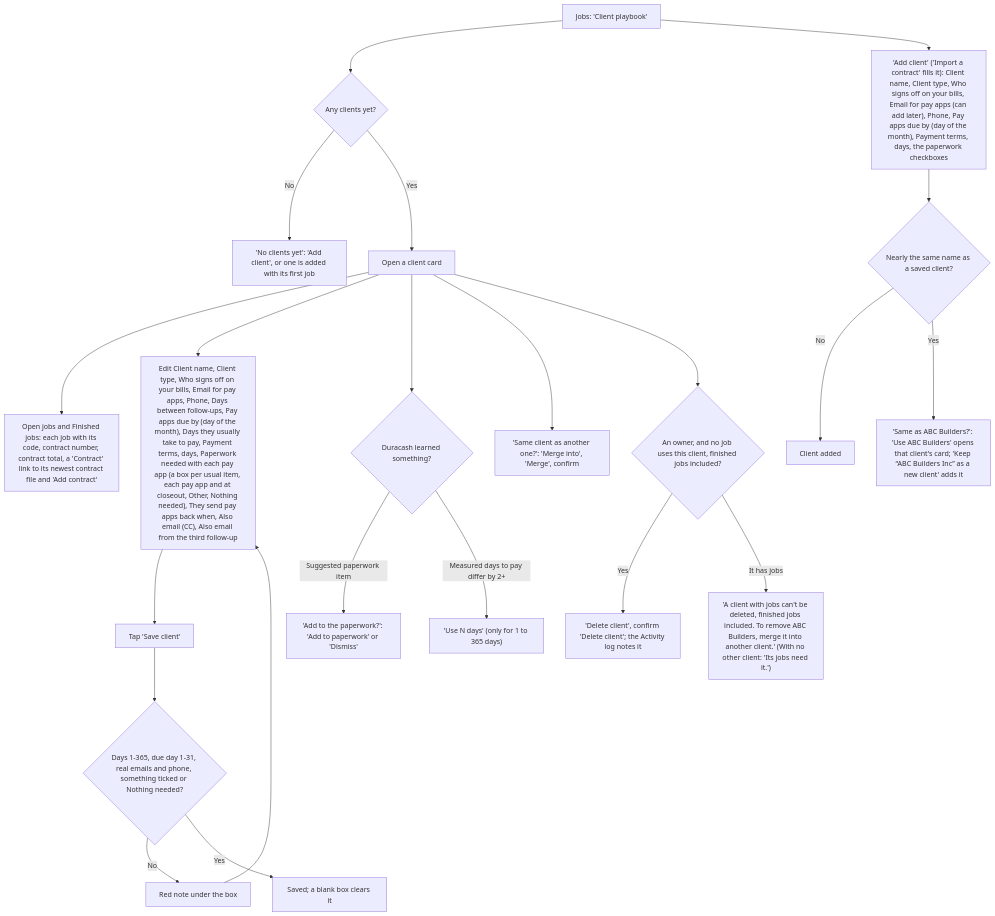
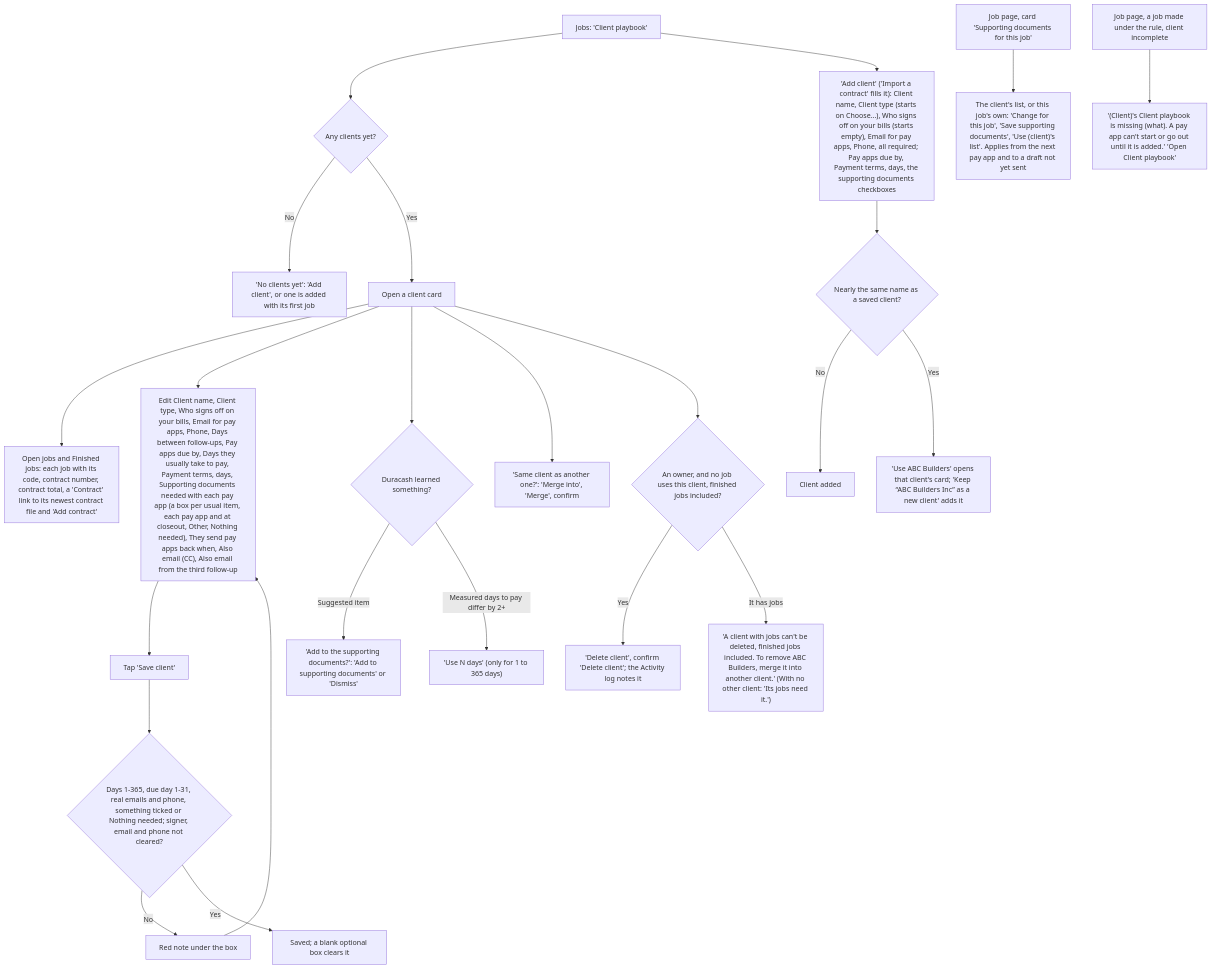
Before and after one commit to cartwrightstephen/billdable: diagram 15 of 18 in docs/client-flows.md, drawn with Mermaid. The commit also changed other lines of this file and 2 other files, not shown here.

First line of the commit message:
Docs brought up to the Nov 3 overhaul: flows, README, manual test

````diff
--- a/docs/client-flows.md
+++ b/docs/client-flows.md
@@ -580,24 +661,26 @@
 ```mermaid
 flowchart TD
     A["Jobs: 'Client playbook'"] --> B{"Any clients yet?"}
     B -->|"No"| C["'No clients yet': 'Add client', or one is added with its first job"]
     B -->|"Yes"| D["Open a client card"]
-    A --> AC["'Add client' ('Import a contract' fills it): Client name, Client type, Who signs off on your bills, Email for pay apps (can add later), Phone, Pay apps due by (day of the month), Payment terms, days, the paperwork checkboxes"]
+    A --> AC["'Add client' ('Import a contract' fills it): Client name, Client type (starts on Choose…), Who signs off on your bills (starts empty), Email for pay apps, Phone, all required; Pay apps due by, Payment terms, days, the supporting documents checkboxes"]
     AC --> AN{"Nearly the same name as a saved client?"}
     AN -->|"No"| AD["Client added"]
-    AN -->|"Yes"| AQ["'Same as ABC Builders?': 'Use ABC Builders' opens that client's card; 'Keep “ABC Builders Inc” as a new client' adds it"]
+    AN -->|"Yes"| AQ["'Use ABC Builders' opens that client's card; 'Keep “ABC Builders Inc” as a new client' adds it"]
     D --> JB["Open jobs and Finished jobs: each job with its code, contract number, contract total, a 'Contract' link to its newest contract file and 'Add contract'"]
-    D --> E["Edit Client name, Client type, Who signs off on your bills, Email for pay apps, Phone, Days between follow-ups, Pay apps due by (day of the month), Days they usually take to pay, Payment terms, days, Paperwork needed with each pay app (a box per usual item, each pay app and at closeout, Other, Nothing needed), They send pay apps back when, Also email (CC), Also email from the third follow-up"]
+    D --> E["Edit Client name, Client type, Who signs off on your bills, Email for pay apps, Phone, Days between follow-ups, Pay apps due by, Days they usually take to pay, Payment terms, days, Supporting documents needed with each pay app (a box per usual item, each pay app and at closeout, Other, Nothing needed), They send pay apps back when, Also email (CC), Also email from the third follow-up"]
     E --> F["Tap 'Save client'"]
-    F --> G{"Days 1-365, due day 1-31, real emails and phone, something ticked or Nothing needed?"}
+    F --> G{"Days 1-365, due day 1-31, real emails and phone, something ticked or Nothing needed; signer, email and phone not cleared?"}
     G -->|"No"| H["Red note under the box"]
     H --> E
-    G -->|"Yes"| I["Saved; a blank box clears it"]
+    G -->|"Yes"| I["Saved; a blank optional box clears it"]
     D --> J{"Duracash learned something?"}
-    J -->|"Suggested paperwork item"| K["'Add to the paperwork?': 'Add to paperwork' or 'Dismiss'"]
+    J -->|"Suggested item"| K["'Add to the supporting documents?': 'Add to supporting documents' or 'Dismiss'"]
     J -->|"Measured days to pay differ by 2+"| L["'Use N days' (only for 1 to 365 days)"]
     D --> MG["'Same client as another one?': 'Merge into', 'Merge', confirm"]
     D --> DL{"An owner, and no job uses this client, finished jobs included?"}
     DL -->|"Yes"| DY["'Delete client', confirm 'Delete client'; the Activity log notes it"]
     DL -->|"It has jobs"| DN["'A client with jobs can't be deleted, finished jobs included. To remove ABC Builders, merge it into another client.' (With no other client: 'Its jobs need it.')"]
+    JP["Job page, card 'Supporting documents for this job'"] --> JP1["The client's list, or this job's own: 'Change for this job', 'Save supporting documents', 'Use (client)'s list'. Applies from the next pay app and to a draft not yet sent"]
+    MS["Job page, a job made under the rule, client incomplete"] --> MS1["'(Client)'s Client playbook is missing (what). A pay app can't start or go out until it is added.' 'Open Client playbook'"]
 ```
````
